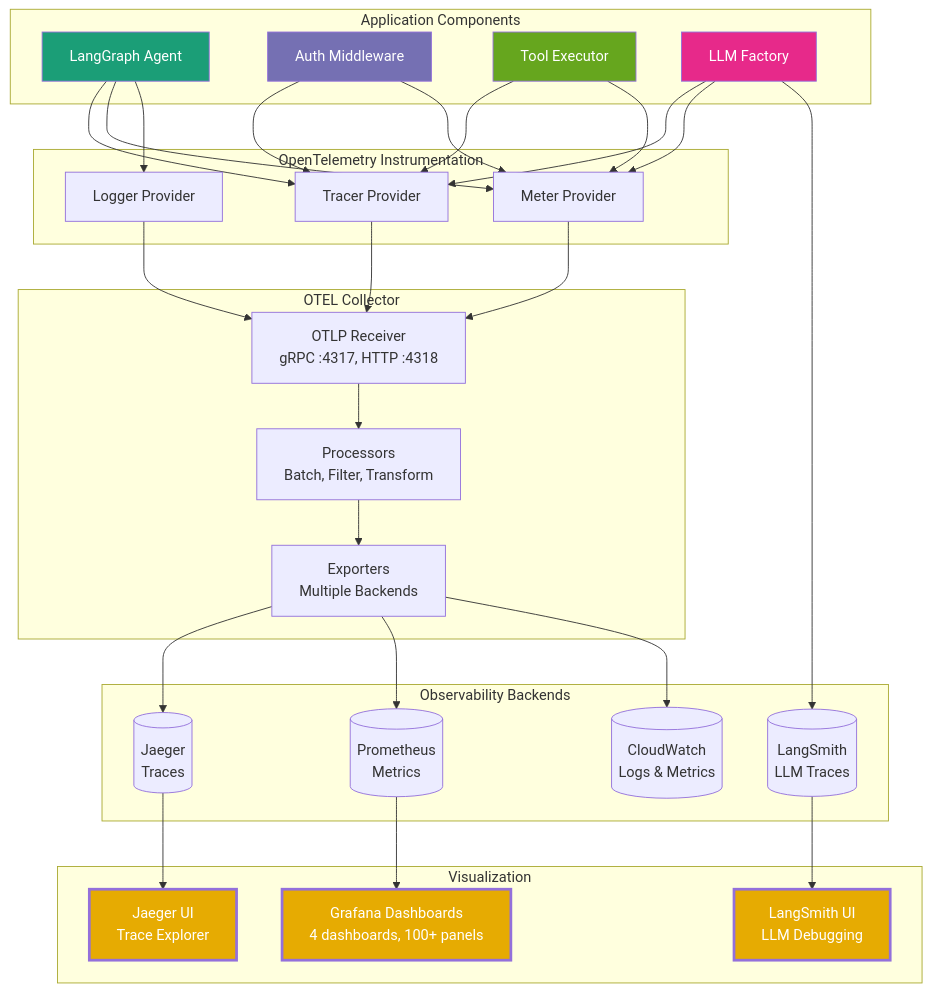
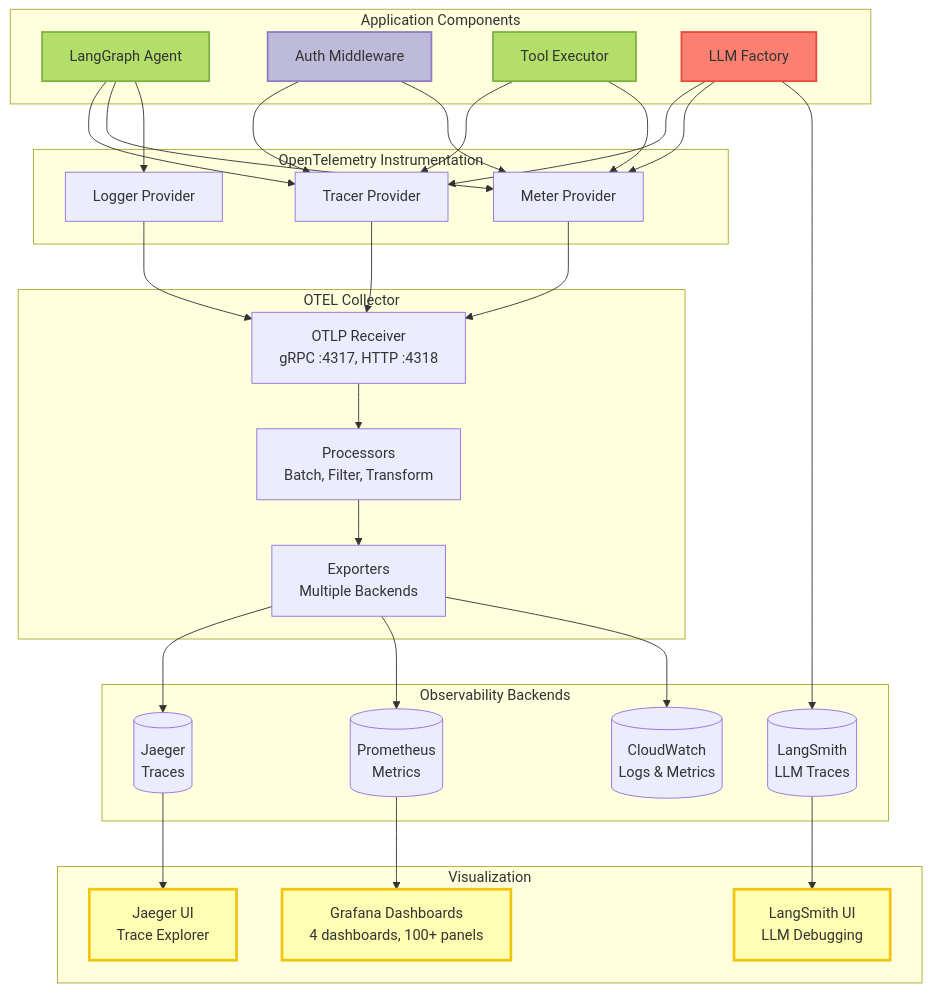
One commit to vishnu2kmohan/mcp-server-langgraph changed the tenth of 10 diagrams in docs/diagrams/system-architecture.mdx. Above: the diagram before and after it, drawn with Mermaid. The commit also changed other lines of this file and 11 other files, not shown here.

First line of the commit message:
style: migrate all diagrams from Dark2 to Set3 ColorBrewer2 palette

````diff
--- a/docs/diagrams/system-architecture.mdx
+++ b/docs/diagrams/system-architecture.mdx
@@ -543,69 +543,69 @@
 ```mermaid
 graph TB
     subgraph Application["Application Components"]
         Agent[LangGraph Agent]
         Auth[Auth Middleware]
         Tools[Tool Executor]
         LLM[LLM Factory]
     end
 
     subgraph Instrumentation["OpenTelemetry Instrumentation"]
         TracerProvider[Tracer Provider]
         MeterProvider[Meter Provider]
         LoggerProvider[Logger Provider]
     end
 
     subgraph Collection["OTEL Collector"]
         Receiver[OTLP Receiver<br/>gRPC :4317, HTTP :4318]
         Processor[Processors<br/>Batch, Filter, Transform]
         Exporter[Exporters<br/>Multiple Backends]
     end
 
     subgraph Backends["Observability Backends"]
         Jaeger[(Jaeger<br/>Traces)]
         Prometheus[(Prometheus<br/>Metrics)]
         LangSmith[(LangSmith<br/>LLM Traces)]
         CloudWatch[(CloudWatch<br/>Logs & Metrics)]
     end
 
     subgraph Visualization["Visualization"]
         Grafana[Grafana Dashboards<br/>4 dashboards, 100+ panels]
         JaegerUI[Jaeger UI<br/>Trace Explorer]
         LangSmithUI[LangSmith UI<br/>LLM Debugging]
     end
 
     %% Data Flow
     Agent --> TracerProvider
     Agent --> MeterProvider
     Agent --> LoggerProvider
     Auth --> TracerProvider
     Auth --> MeterProvider
     Tools --> TracerProvider
     Tools --> MeterProvider
     LLM --> TracerProvider
     LLM --> MeterProvider
     LLM --> LangSmith
 
     TracerProvider --> Receiver
     MeterProvider --> Receiver
     LoggerProvider --> Receiver
 
     Receiver --> Processor
     Processor --> Exporter
 
     Exporter --> Jaeger
     Exporter --> Prometheus
     Exporter --> CloudWatch
 
     Jaeger --> JaegerUI
     Prometheus --> Grafana
     LangSmith --> LangSmithUI
 
-    style Agent fill:#1b9e77,color:#fff
-    style Auth fill:#7570b3,color:#fff
-    style Tools fill:#66a61e,color:#fff
-    style LLM fill:#e7298a,color:#fff
-    style Grafana fill:#e6ab02,stroke-width:3px,color:#fff
-    style JaegerUI fill:#e6ab02,stroke-width:3px,color:#fff
-    style LangSmithUI fill:#e6ab02,stroke-width:3px,color:#fff
+    style Agent fill:#b3de69,stroke:#7cb342,stroke-width:2px,color:#333
+    style Auth fill:#bebada,stroke:#8e7cc3,stroke-width:2px,color:#333
+    style Tools fill:#b3de69,stroke:#7cb342,stroke-width:2px,color:#333
+    style LLM fill:#fb8072,stroke:#e74c3c,stroke-width:2px,color:#333
+    style Grafana fill:#ffffb3,stroke:#f1c40f,stroke-width:3px,color:#333
+    style JaegerUI fill:#ffffb3,stroke:#f1c40f,stroke-width:3px,color:#333
+    style LangSmithUI fill:#ffffb3,stroke:#f1c40f,stroke-width:3px,color:#333
 ```
````
